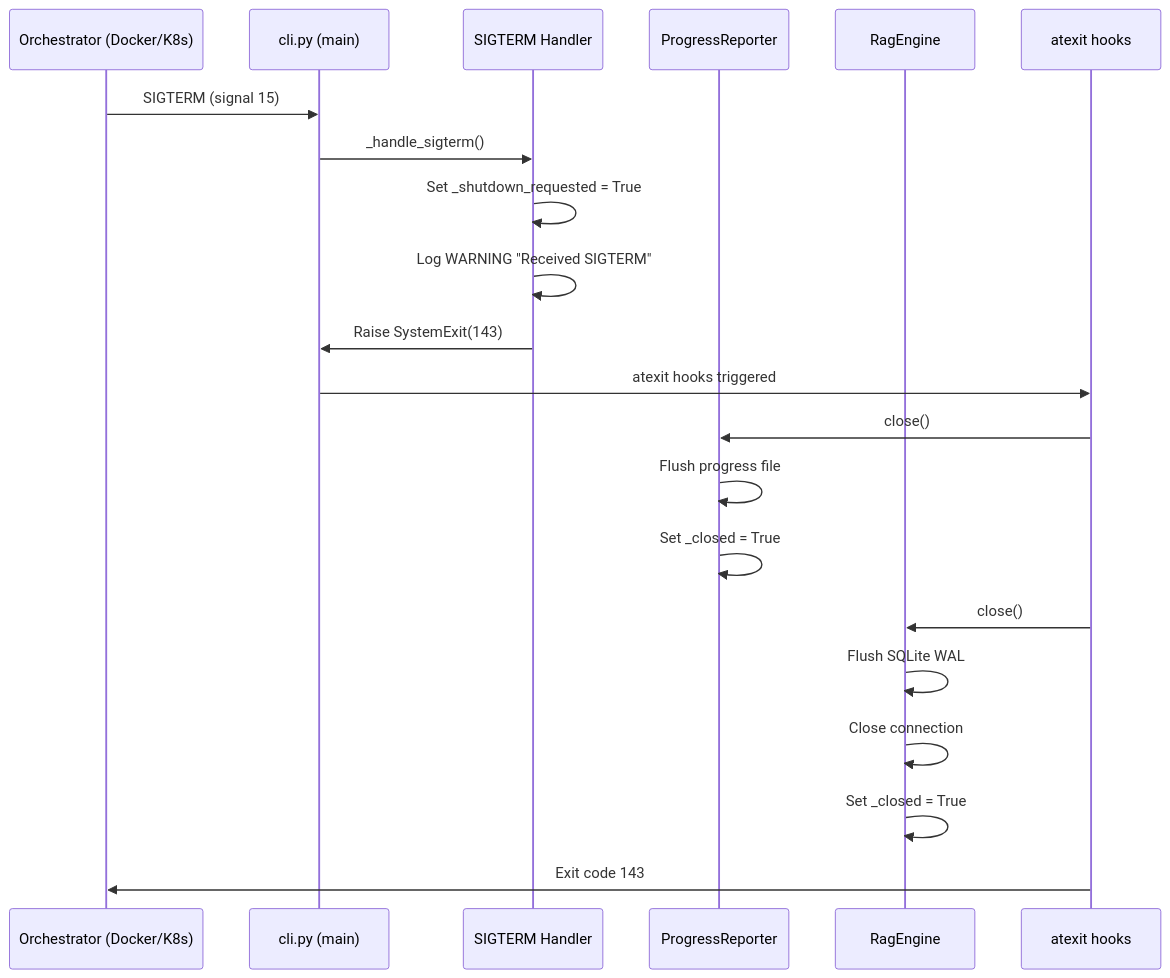
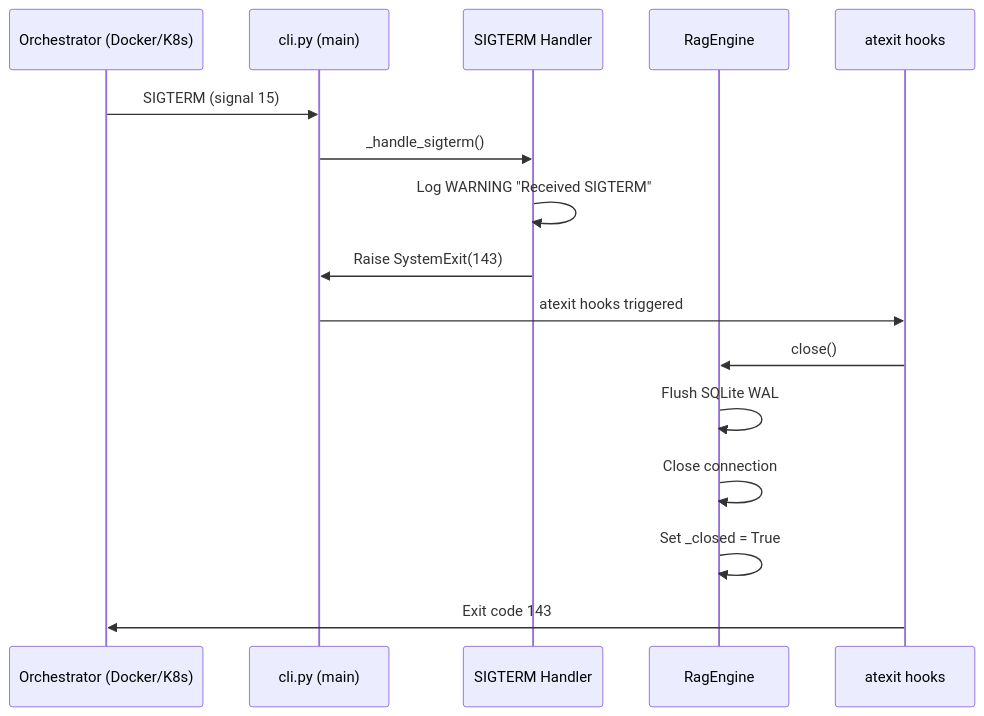
One commit to clay-good/codelicious changed the sixth of 7 diagrams in README.md. Above: the diagram before and after it, drawn with Mermaid. The commit also changed other lines of this file and 145 other files, not shown here.

````diff
--- a/README.md
+++ b/README.md
@@ -764,24 +456,19 @@
 ```mermaid
 sequenceDiagram
     participant OS as Orchestrator (Docker/K8s)
     participant CLI as cli.py (main)
     participant Handler as SIGTERM Handler
-    participant Progress as ProgressReporter
     participant RAG as RagEngine
     participant Exit as atexit hooks
 
     OS->>CLI: SIGTERM (signal 15)
     CLI->>Handler: _handle_sigterm()
-    Handler->>Handler: Set _shutdown_requested = True
     Handler->>Handler: Log WARNING "Received SIGTERM"
     Handler->>CLI: Raise SystemExit(143)
     CLI->>Exit: atexit hooks triggered
-    Exit->>Progress: close()
-    Progress->>Progress: Flush progress file
-    Progress->>Progress: Set _closed = True
     Exit->>RAG: close()
     RAG->>RAG: Flush SQLite WAL
     RAG->>RAG: Close connection
     RAG->>RAG: Set _closed = True
     Exit->>OS: Exit code 143
 ```
````
